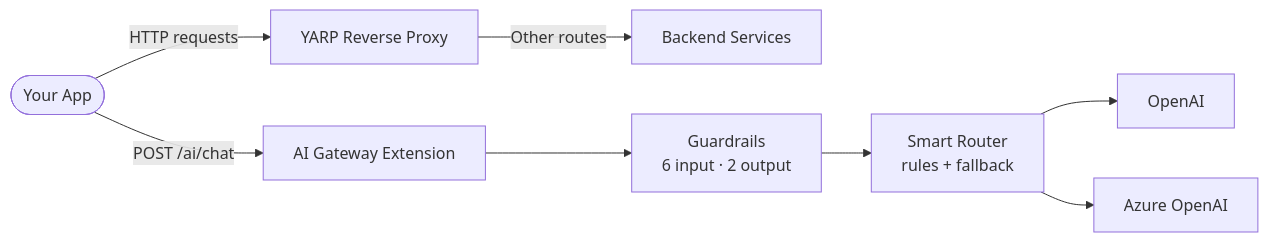
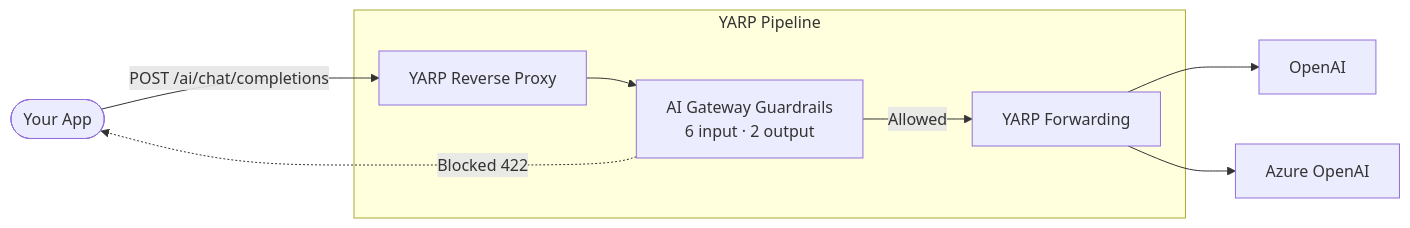
The first of 8 diagrams in README.md (jmfloreszazo/yarp_aigateway), drawn with Mermaid before and after one commit. The commit also changed other lines of this file and 5 other files, not shown here.

First line of the commit message:
Enhance YARP integration with AI Gateway guardrails

````diff
--- a/README.md
+++ b/README.md
@@ -40,10 +54,13 @@
 ```mermaid
 graph LR
-    App([Your App]) -->|HTTP requests| YARP[YARP Reverse Proxy]
-    YARP -->|Other routes| Backend[Backend Services]
-    App -->|POST /ai/chat| GW[AI Gateway Extension]
-    GW --> G[Guardrails<br/>6 input · 2 output]
-    G --> R[Smart Router<br/>rules + fallback]
-    R --> P1[OpenAI]
-    R --> P2[Azure OpenAI]
+    App([Your App]) -->|POST /ai/chat/completions| YARP[YARP Reverse Proxy]
+
+    subgraph YARP Pipeline
+        YARP --> GW[AI Gateway Guardrails<br/>6 input · 2 output]
+        GW -->|Allowed| FWD[YARP Forwarding]
+    end
+
+    FWD --> P1[OpenAI]
+    FWD --> P2[Azure OpenAI]
+    GW -.->|Blocked 422| App
 ```
````
